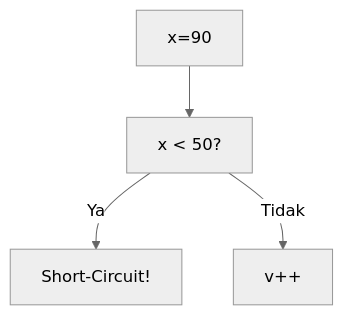
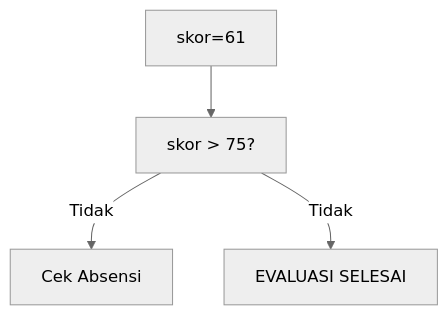
Before and after one commit to amnahwaida/OSNK_INF_PREP: the eighth of 25 diagrams in part-c-pemahaman-cpp/02-percabangan/latihan/set-06.md, drawn with Mermaid (neutral theme). The commit also changed other lines of this file and 71 other files, not shown here.

````diff
--- a/part-c-pemahaman-cpp/02-percabangan/latihan/set-06.md
+++ b/part-c-pemahaman-cpp/02-percabangan/latihan/set-06.md
@@ -217,6 +228,6 @@
 ```mermaid
 graph TD
-A["x=90"] --> B["x < 50?"]
-B -- Ya --> C["Short-Circuit!"]
-B -- Tidak --> D["v++"]
+A["skor=61"] --> B["skor > 75?"]
+B -- Tidak --> C["Cek Absensi"]
+B -- Tidak --> D["EVALUASI SELESAI"]
 ```
````
